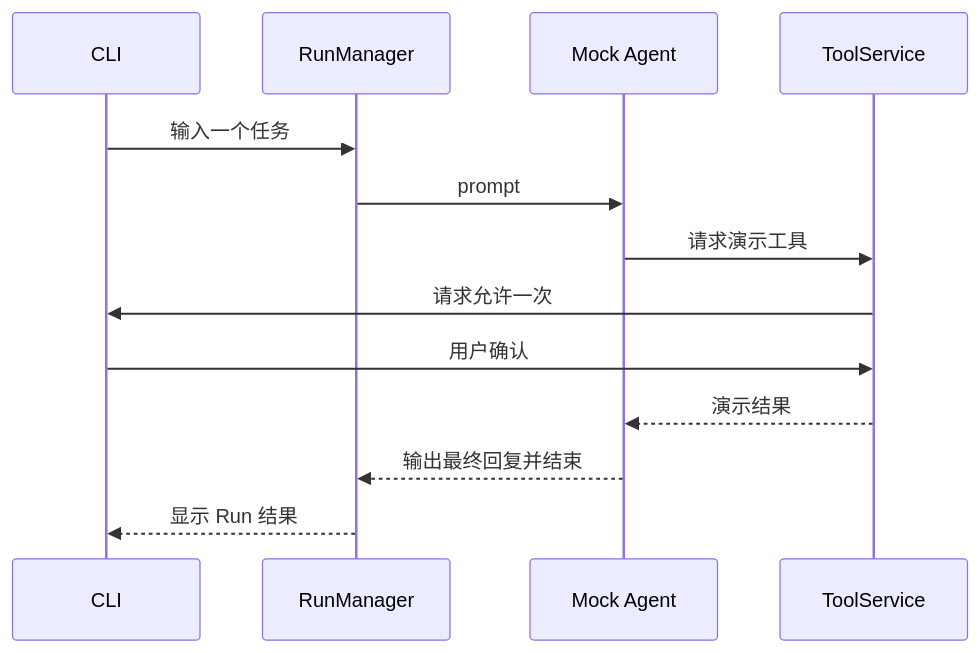
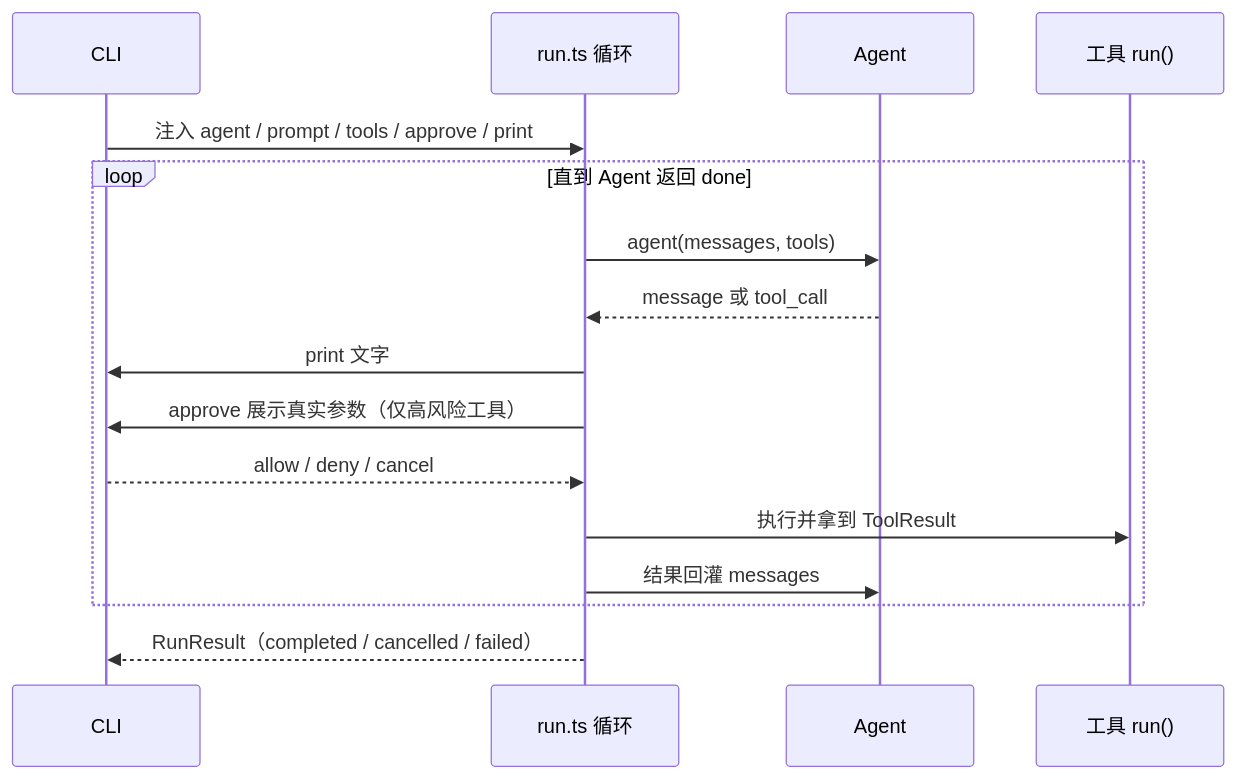
The second of 6 diagrams in docs/learning/01-roadmap.md (Yahacc/yagent), drawn with Mermaid before and after one commit. The commit also changed other lines of this file and 32 other files, not shown here.

Commit message:
feat: mock agent flow

````diff
--- a/docs/learning/01-roadmap.md
+++ b/docs/learning/01-roadmap.md
@@ -26,15 +26,18 @@
 ```mermaid
 sequenceDiagram
   participant C as CLI
-  participant R as RunManager
-  participant A as Mock Agent
-  participant T as ToolService
-  C->>R: 输入一个任务
-  R->>A: prompt
-  A->>T: 请求演示工具
-  T->>C: 请求允许一次
-  C->>T: 用户确认
-  T-->>A: 演示结果
-  A-->>R: 输出最终回复并结束
-  R-->>C: 显示 Run 结果
+  participant L as run.ts 循环
+  participant A as Agent
+  participant T as 工具 run()
+  C->>L: 注入 agent / prompt / tools / approve / print
+  loop 直到 Agent 返回 done
+    L->>A: agent(messages, tools)
+    A-->>L: message 或 tool_call
+    L->>C: print 文字
+    L->>C: approve 展示真实参数（仅高风险工具）
+    C-->>L: allow / deny / cancel
+    L->>T: 执行并拿到 ToolResult
+    L->>A: 结果回灌 messages
+  end
+  L-->>C: RunResult（completed / cancelled / failed）
 ```
````
